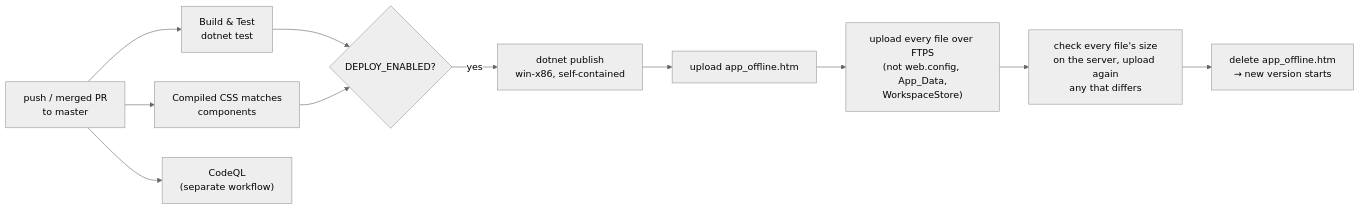
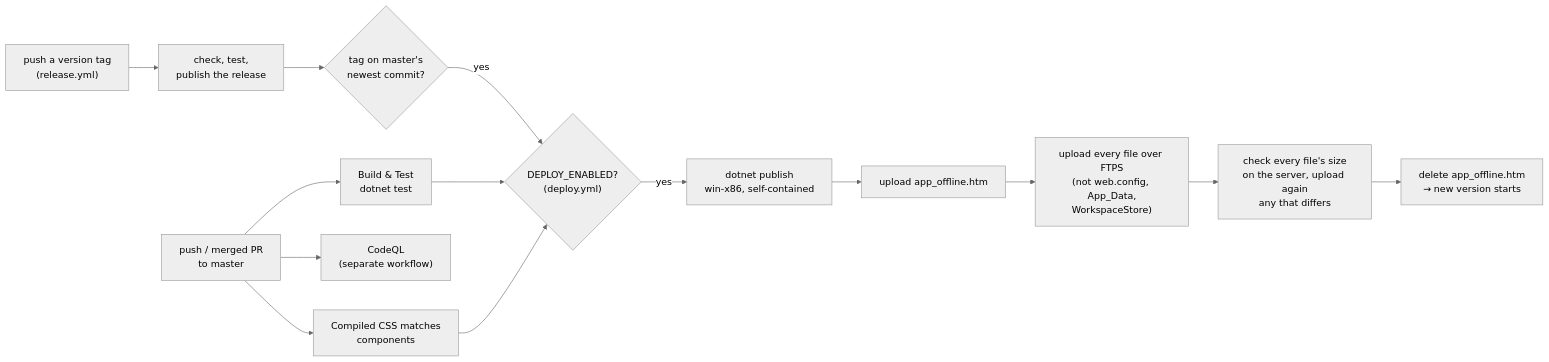
The diagram in docs/wiki/06-web-app-and-operations.md (lauPhilip/au-btech-literature-review-agent), drawn with Mermaid (neutral theme) before and after one commit. The commit also changed other lines of this file and 2 other files, not shown here.

Commit message:
(docs): explain that a release is deployed from its tag
The wiki's deployment section and diagram, CONTRIBUTING's release steps and
the changelog's [Unreleased] notes say that release.yml deploys the tagged
build after the release, and only when the tag is on master's newest commit.

Claude-Session: https://claude.ai/code/session_01MdMWuQrs8qP5m92nBpnrD7

````diff
--- a/docs/wiki/06-web-app-and-operations.md
+++ b/docs/wiki/06-web-app-and-operations.md
@@ -165,12 +165,15 @@
 ```mermaid
 flowchart LR
     PUSH["push / merged PR<br/>to master"] --> BT["Build & Test<br/>dotnet test"]
     PUSH --> CSS["Compiled CSS matches<br/>components"]
     PUSH --> CQ["CodeQL<br/>(separate workflow)"]
-    BT & CSS --> DEP{"DEPLOY_ENABLED?"}
+    TAG["push a version tag<br/>(release.yml)"] --> REL["check, test,<br/>publish the release"]
+    REL --> HEAD{"tag on master's<br/>newest commit?"}
+    HEAD -- yes --> DEP
+    BT & CSS --> DEP{"DEPLOY_ENABLED?<br/>(deploy.yml)"}
     DEP -- yes --> PUB["dotnet publish<br/>win-x86, self-contained"]
     PUB --> OFF["upload app_offline.htm"]
     OFF --> UP["upload every file over FTPS<br/>(not web.config, App_Data,<br/>WorkspaceStore)"]
     UP --> CHK["check every file's size<br/>on the server, upload again<br/>any that differs"]
     CHK --> ON["delete app_offline.htm<br/>→ new version starts"]
 ```
````
